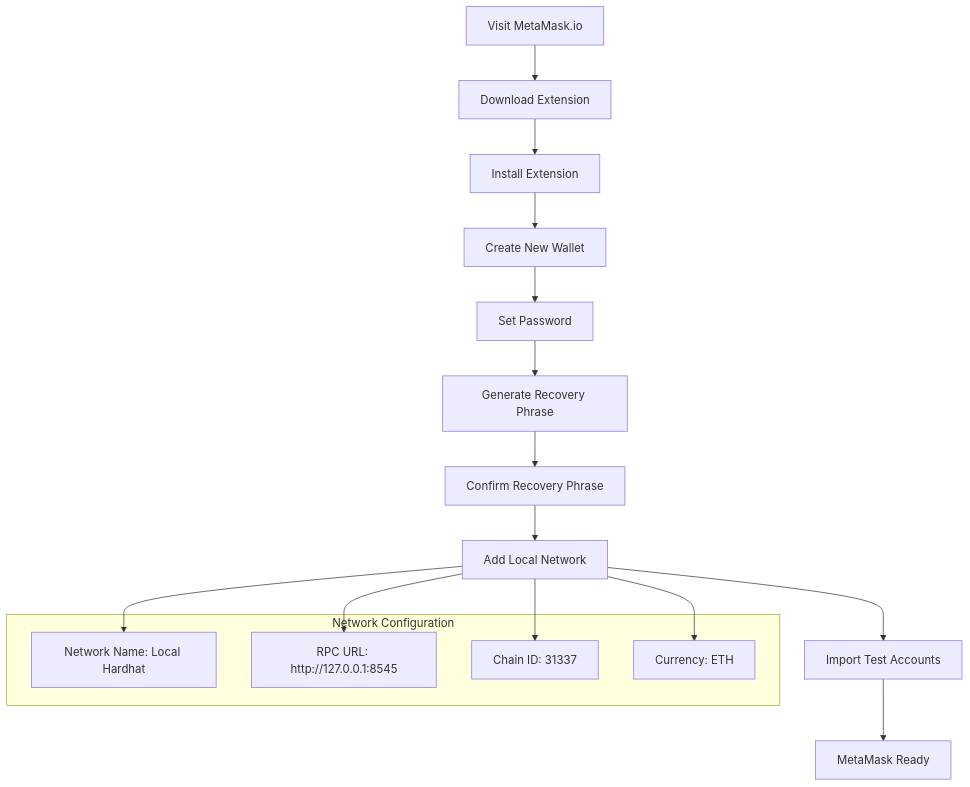
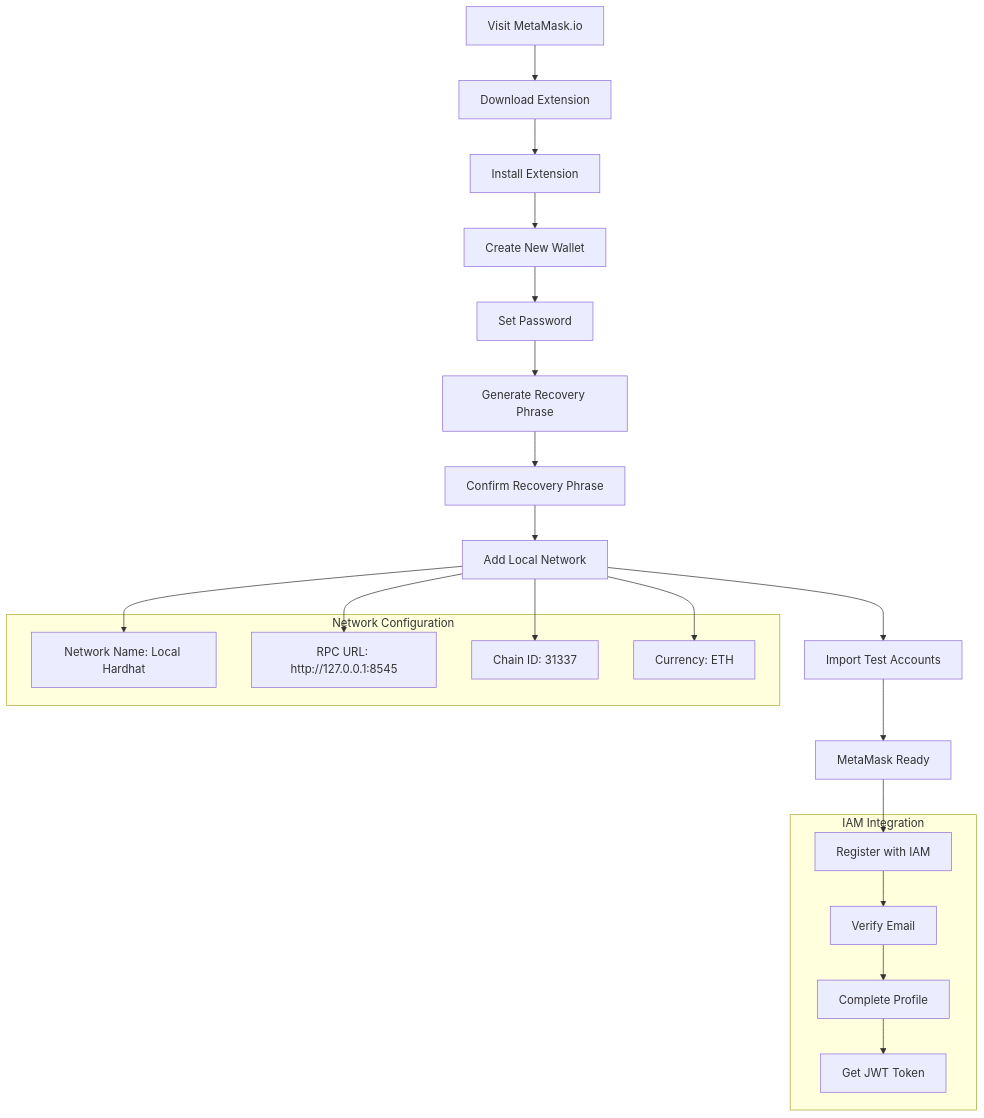
Before and after one commit to gitmujoshi/Confidential-AI-Network: the second of 7 diagrams in WALLET_GUIDE.md, drawn with Mermaid. The commit also changed other lines of this file and 6 other files, not shown here.

First line of the commit message:
docs: update all documentation with Keycloak IAM integration features

````diff
--- a/WALLET_GUIDE.md
+++ b/WALLET_GUIDE.md
@@ -79,24 +93,35 @@
 ```mermaid
 flowchart TD
     A[Visit MetaMask.io] --> B[Download Extension]
     B --> C[Install Extension]
     C --> D[Create New Wallet]
     D --> E[Set Password]
     E --> F[Generate Recovery Phrase]
     F --> G[Confirm Recovery Phrase]
     G --> H[Add Local Network]
     H --> I[Import Test Accounts]
     I --> J[MetaMask Ready]
     
     subgraph "Network Configuration"
         K[Network Name: Local Hardhat]
         L[RPC URL: http://127.0.0.1:8545]
         M[Chain ID: 31337]
         N[Currency: ETH]
     end
     
+    subgraph "IAM Integration"
+        O[Register with IAM]
+        P[Verify Email]
+        Q[Complete Profile]
+        R[Get JWT Token]
+    end
+    
     H --> K
     H --> L
     H --> M
     H --> N
+    J --> O
+    O --> P
+    P --> Q
+    Q --> R
 ```
````
